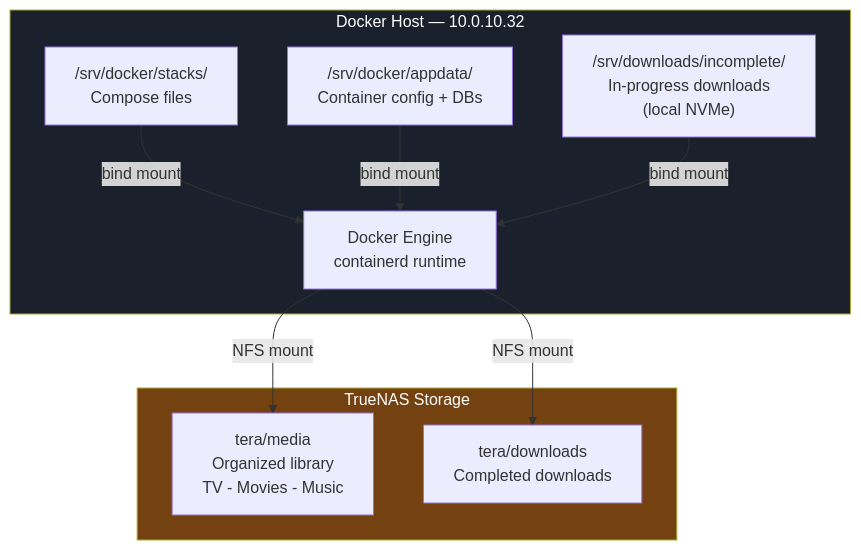
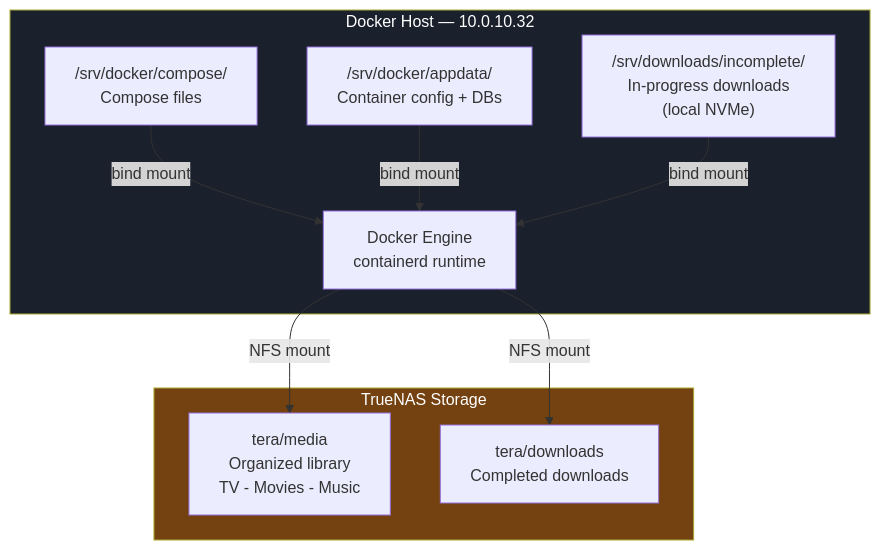
The first of 3 diagrams in docker/docs/02_docker_installation_and_filesystem.md (Kagiso-me/homelab-infrastructure), drawn with Mermaid before and after one commit. The commit also changed other lines of this file, not shown here.

First line of the commit message:
fix(docker-docs): correct compose path and add repo deploy step in guide 02

````diff
--- a/docker/docs/02_docker_installation_and_filesystem.md
+++ b/docker/docs/02_docker_installation_and_filesystem.md
@@ -36,23 +36,23 @@
 ```mermaid
 graph TD
     subgraph DockerHost ["Docker Host — 10.0.10.32"]
-        Stacks["/srv/docker/stacks/\nCompose files"]
+        Stacks["/srv/docker/compose/\nCompose files"]
         AppData["/srv/docker/appdata/\nContainer config + DBs"]
         Incomplete["/srv/downloads/incomplete/\nIn-progress downloads\n(local NVMe)"]
         Docker["Docker Engine\ncontainerd runtime"]
     end
 
     subgraph TrueNAS ["TrueNAS Storage"]
         MediaDS["tera/media\nOrganized library\nTV - Movies - Music"]
         DownDS["tera/downloads\nCompleted downloads"]
     end
 
     Stacks -->|bind mount| Docker
     AppData -->|bind mount| Docker
     Incomplete -->|bind mount| Docker
     Docker -->|NFS mount| MediaDS
     Docker -->|NFS mount| DownDS
 
     style DockerHost fill:#1a202c,color:#fff
     style TrueNAS fill:#744210,color:#fff
 ```
````
